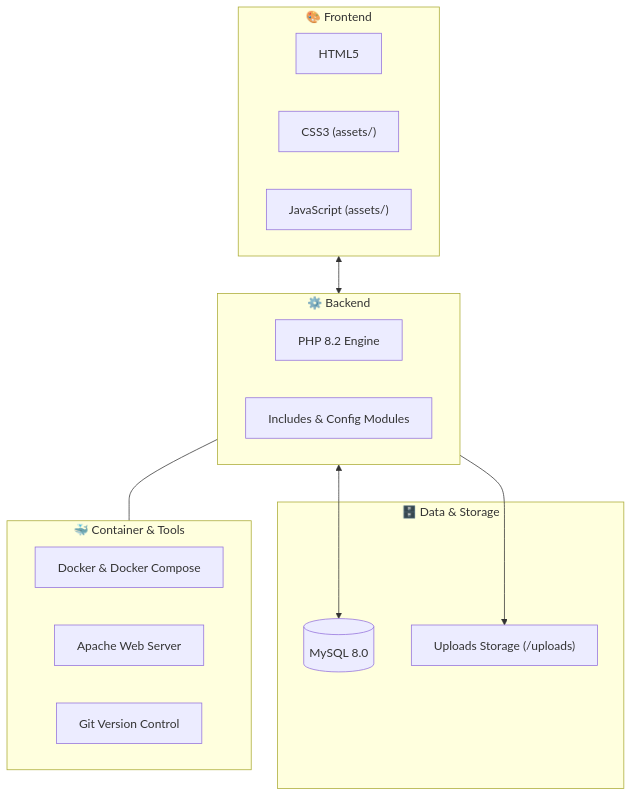
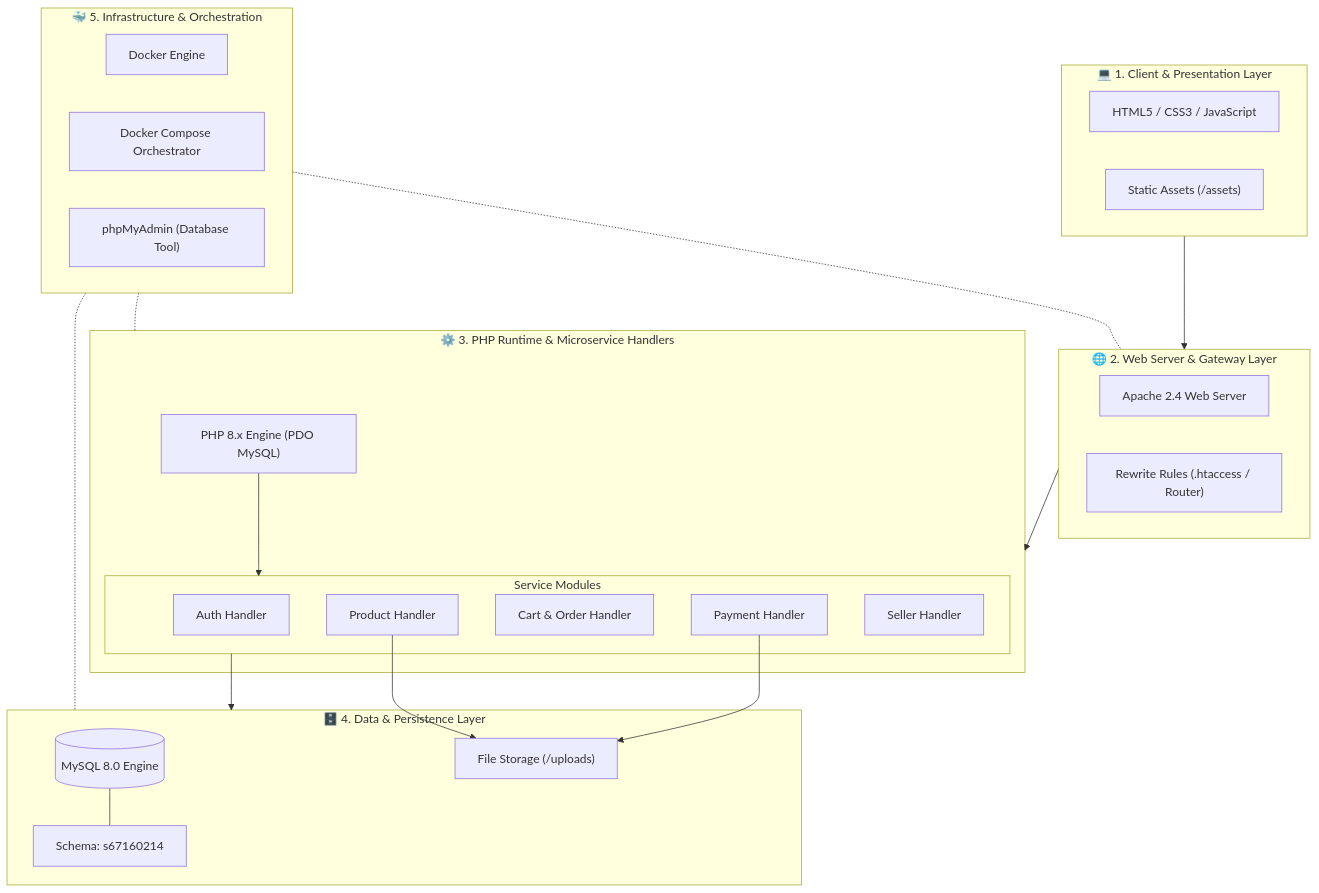
One commit to 67160214-ctrl/Hugmart changed the second of 2 diagrams in README.md. Above: the diagram before and after it, drawn with Mermaid. The commit also changed other lines of this file, not shown here.

````diff
--- a/README.md
+++ b/README.md
@@ -73,29 +74,46 @@
 ```mermaid
 graph TB
-    subgraph Frontend ["🎨 Frontend"]
-        HTML["HTML5"]
-        CSS["CSS3 (assets/)"]
-        JS["JavaScript (assets/)"]
+    subgraph ClientLayer ["💻 1. Client & Presentation Layer"]
+        UI["HTML5 / CSS3 / JavaScript"]
+        Assets["Static Assets (/assets)"]
     end
 
-    subgraph Backend ["⚙️ Backend"]
-        PHP["PHP 8.2 Engine"]
-        Config["Includes & Config Modules"]
+    subgraph WebGatewayLayer ["🌐 2. Web Server & Gateway Layer"]
+        Apache["Apache 2.4 Web Server"]
+        Htaccess["Rewrite Rules (.htaccess / Router)"]
     end
 
-    subgraph Data ["🗄️ Data & Storage"]
-        MySQL[("MySQL 8.0")]
-        Uploads["Uploads Storage (/uploads)"]
+    subgraph AppServiceLayer ["⚙️ 3. PHP Runtime & Microservice Handlers"]
+        PHPRuntime["PHP 8.x Engine (PDO MySQL)"]
+        subgraph Handlers ["Service Modules"]
+            AuthModule["Auth Handler"]
+            ProductModule["Product Handler"]
+            OrderModule["Cart & Order Handler"]
+            PaymentModule["Payment Handler"]
+            SellerModule["Seller Handler"]
+        end
     end
 
-    subgraph Container ["🐳 Container & Tools"]
-        Docker["Docker & Docker Compose"]
-        Apache["Apache Web Server"]
-        Git["Git Version Control"]
+    subgraph DataStorageLayer ["🗄️ 4. Data & Persistence Layer"]
+        MySQL[("MySQL 8.0 Engine")]
+        DatabaseSchema["Schema: s67160214"]
+        UploadStorage["File Storage (/uploads)"]
     end
 
-    Frontend <--> Backend
-    Backend <--> MySQL
-    Backend --> Uploads
-    Backend --- Container
+    subgraph ContainerInfra ["🐳 5. Infrastructure & Orchestration"]
+        DockerEngine["Docker Engine"]
+        Compose["Docker Compose Orchestrator"]
+        PMA["phpMyAdmin (Database Tool)"]
+    end
+
+    ClientLayer --> WebGatewayLayer
+    WebGatewayLayer --> AppServiceLayer
+    PHPRuntime --> Handlers
+    Handlers --> DataStorageLayer
+    MySQL --- DatabaseSchema
+    PaymentModule & ProductModule --> UploadStorage
+
+    ContainerInfra -.- WebGatewayLayer
+    ContainerInfra -.- AppServiceLayer
+    ContainerInfra -.- DataStorageLayer
 ```
````
